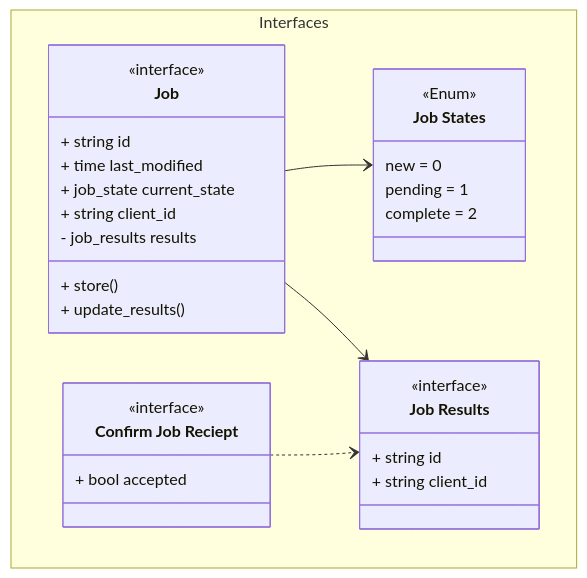
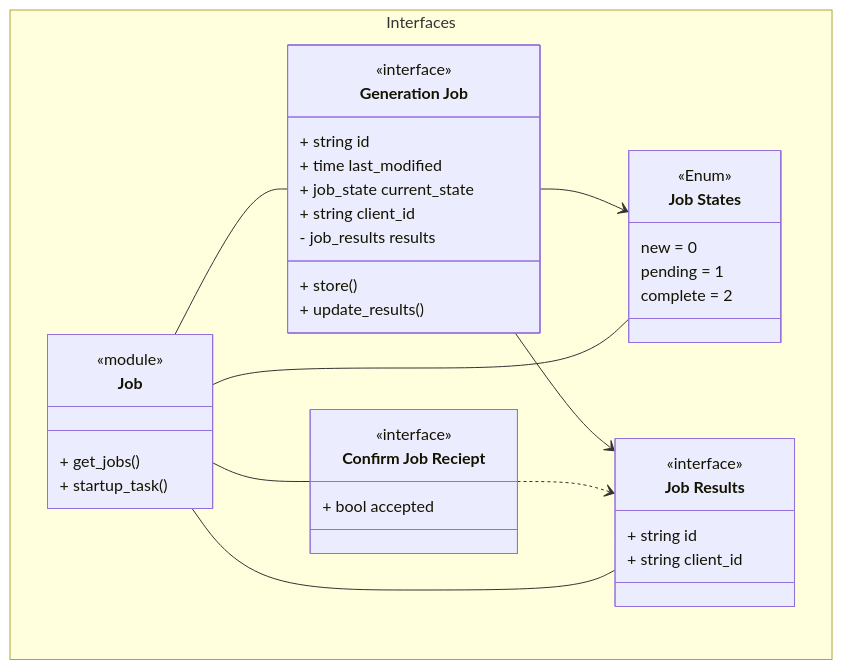
The diagram in docs/unit_description/interfaces/job.md (Uiowa-Applied-Topology/web_API), drawn with Mermaid before and after one commit. The commit also changed 44 other files, not shown here.

````diff
--- a/docs/unit_description/interfaces/job.md
+++ b/docs/unit_description/interfaces/job.md
@@ -11,39 +11,48 @@
 ```mermaid
 
 classDiagram
 
 namespace Interfaces {
 
     class js["Job States"]{
         <<Enum>>
         new = 0
         pending = 1
         complete = 2
     }
 
-    class aj["Job"]{
+    class aj["Generation Job"]{
         <<interface>>
         + string id
         + time last_modified
         + job_state current_state
         + string client_id
         - job_results results
         + store()
         + update_results()
     }
     class ajr["Job Results"]{
         <<interface>>
         + string id
         + string client_id
     }
     class cr["Confirm Job Reciept"]{
         <<interface>>
         + bool accepted
     }
+    class sm["Job"]{
+        <<module>>
+        + get_jobs()
+        + startup_task()
+    }
 
 }
 
 aj --> js
 aj --> ajr
 cr ..> ajr
+sm -- aj
+sm -- ajr
+sm -- cr
+sm -- js
 ```
````
